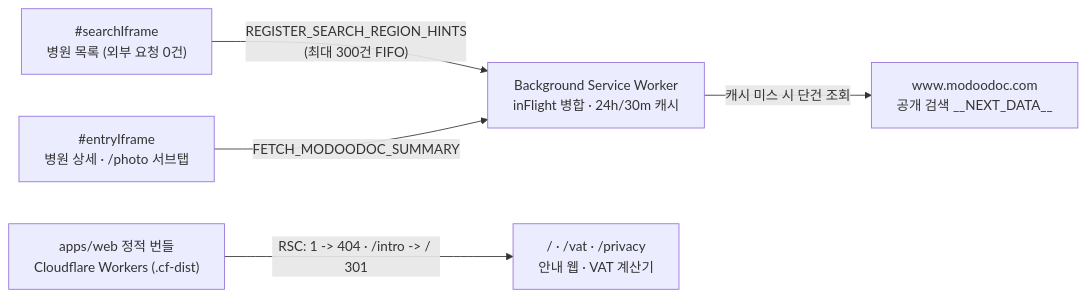
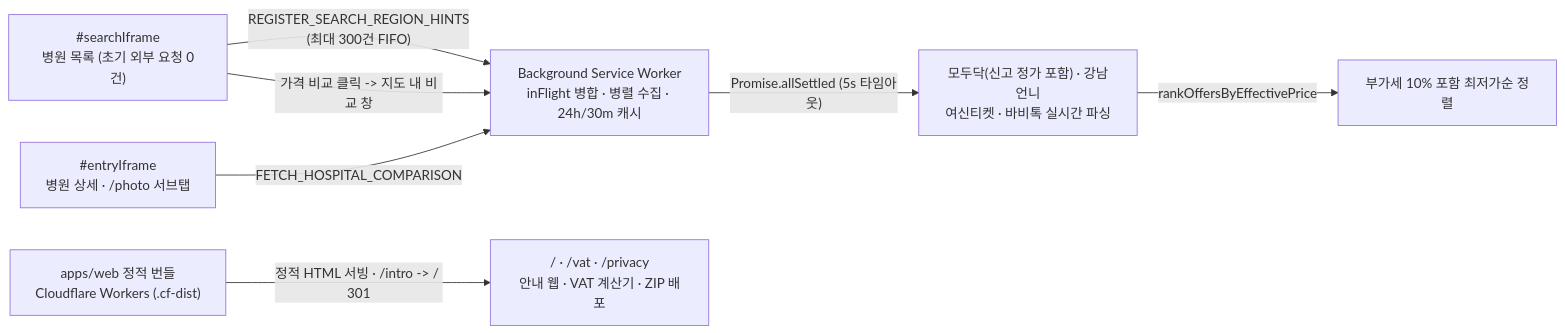
The diagram in README.md (seungwoo7050/medi-bridge), drawn with Mermaid before and after one commit. The commit also changed other lines of this file and 20 other files, not shown here.

Commit message:
feat(web,docs): 실화면 쇼케이스 랜딩 개편, 정적 ZIP 배포 및 README 정비

````diff
--- a/README.md
+++ b/README.md
@@ -30,7 +32,9 @@
 ```mermaid
 flowchart LR
-    List["#searchIframe\n병원 목록 (외부 요청 0건)"] -->|"REGISTER_SEARCH_REGION_HINTS\n(최대 300건 FIFO)"| SW["Background Service Worker\ninFlight 병합 · 24h/30m 캐시"]
-    Entry["#entryIframe\n병원 상세 · /photo 서브탭"] -->|"FETCH_MODOODOC_SUMMARY"| SW
-    SW -->|"캐시 미스 시 단건 조회"| SSR["www.modoodoc.com\n공개 검색 __NEXT_DATA__"]
-    Web["apps/web 정적 번들\nCloudflare Workers (.cf-dist)"] -->|"RSC: 1 -> 404 · /intro -> / 301"| Landing["/ · /vat · /privacy\n안내 웹 · VAT 계산기"]
+    List["#searchIframe\n병원 목록 (초기 외부 요청 0건)"] -->|"REGISTER_SEARCH_REGION_HINTS\n(최대 300건 FIFO)"| SW["Background Service Worker\ninFlight 병합 · 병렬 수집 · 24h/30m 캐시"]
+    List -->|"가격 비교 클릭 -> 지도 내 비교 창"| SW
+    Entry["#entryIframe\n병원 상세 · /photo 서브탭"] -->|"FETCH_HOSPITAL_COMPARISON"| SW
+    SW -->|"Promise.allSettled (5s 타임아웃)"| Platforms["모두닥(신고 정가 포함) · 강남언니\n여신티켓 · 바비톡 실시간 파싱"]
+    Platforms -->|"rankOffersByEffectivePrice"| Sort["부가세 10% 포함 최저가순 정렬"]
+    Web["apps/web 정적 번들\nCloudflare Workers (.cf-dist)"] -->|"정적 HTML 서빙 · /intro -> / 301"| Landing["/ · /vat · /privacy\n안내 웹 · VAT 계산기 · ZIP 배포"]
 ```
````
